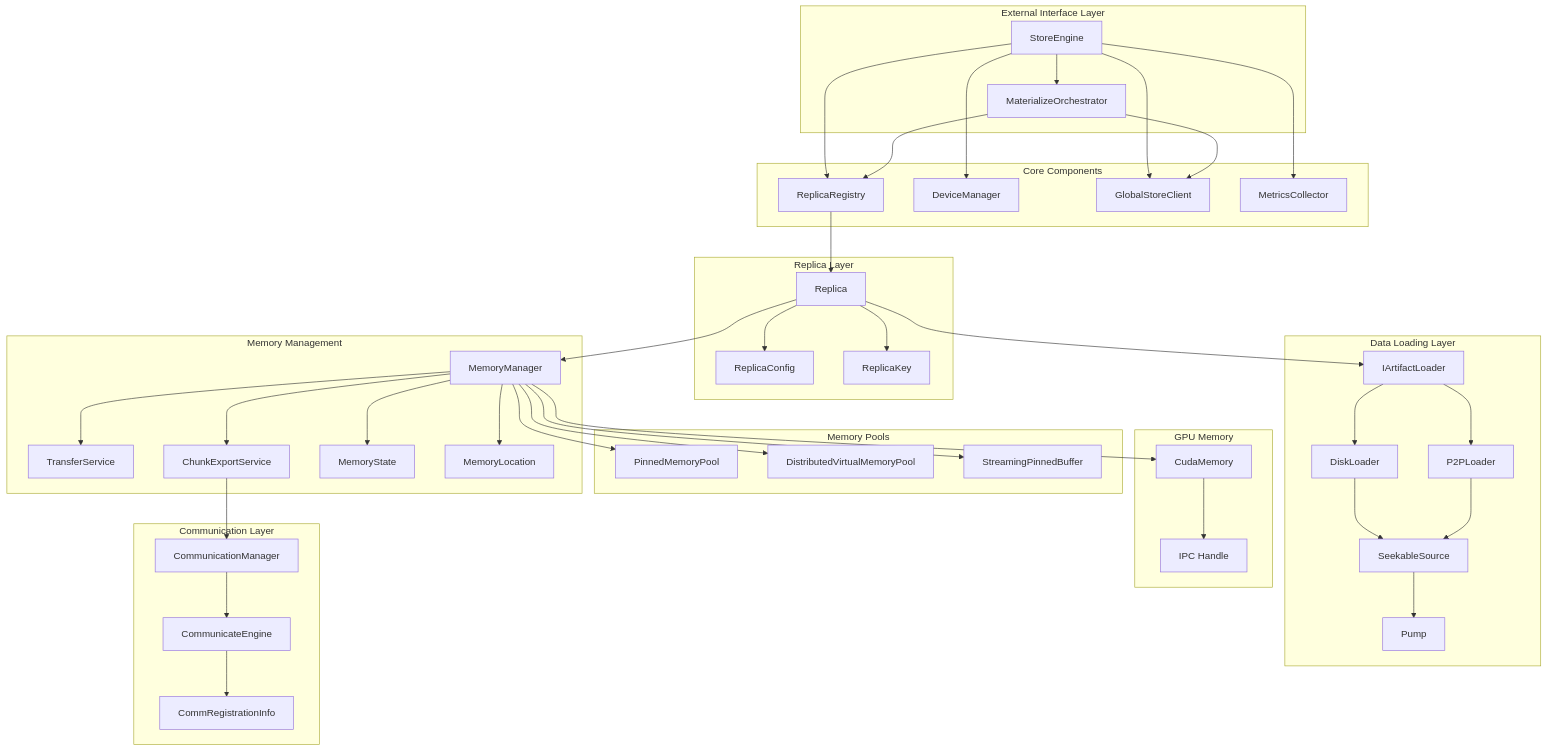
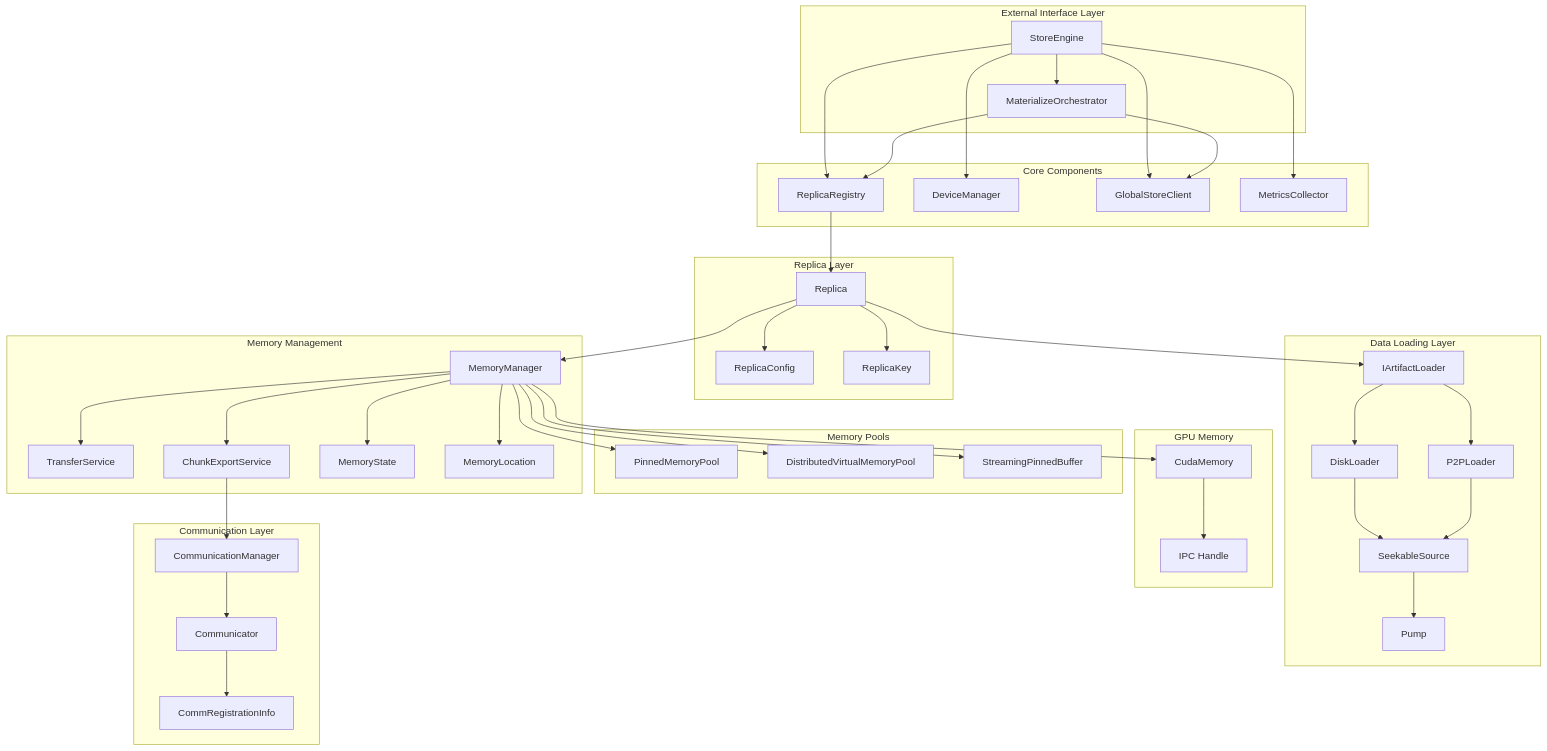
One commit to tensorcast-ai/tensorcast changed the first of 13 diagrams in core/store/docs/architecture.md. Above: the diagram before and after it, drawn with Mermaid. The commit also changed other lines of this file and 38 other files, not shown here.

Commit message:
refactor: rename CommunicateEngine to Communicator

```diff
--- a/core/store/docs/architecture.md
+++ b/core/store/docs/architecture.md
@@ -64,7 +64,7 @@
 
     subgraph "Communication Layer"
         CMN[CommunicationManager]
-        CE[CommunicateEngine]
+        CE[Communicator]
         CRI[CommRegistrationInfo]
     end
 
```
